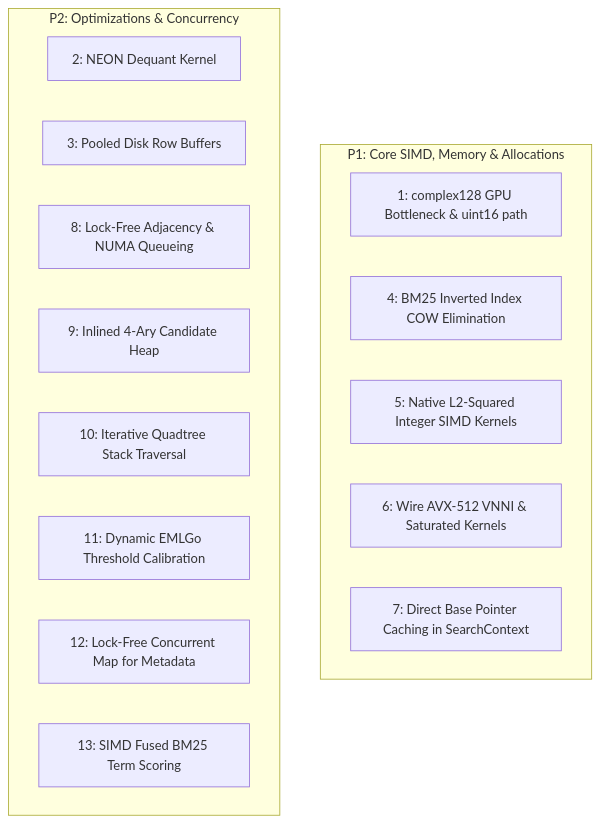
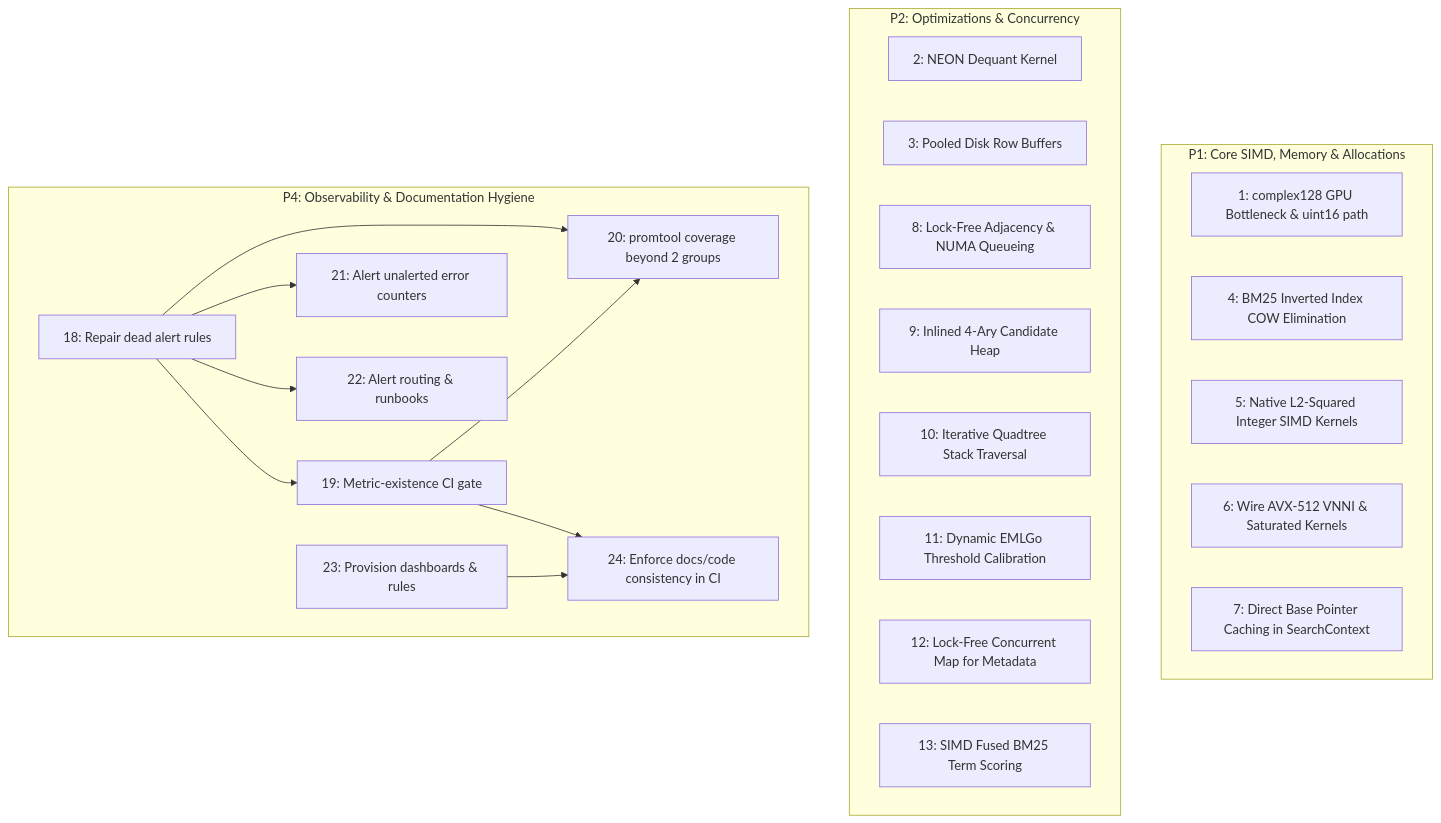
The diagram in docs/roadmap.md (23skdu/longbow), drawn with Mermaid before and after one commit. The commit also changed other lines of this file and 44 other files, not shown here.

Commit message:
fix(observability): close roadmap items and enforce CI checks

````diff
--- a/docs/roadmap.md
+++ b/docs/roadmap.md
@@ -26,20 +27,36 @@
 ```mermaid
 graph TD
     subgraph P1["P1: Core SIMD, Memory & Allocations"]
         I1["1: complex128 GPU Bottleneck & uint16 path"]
         I4["4: BM25 Inverted Index COW Elimination"]
         I5["5: Native L2-Squared Integer SIMD Kernels"]
         I6["6: Wire AVX-512 VNNI & Saturated Kernels"]
         I7["7: Direct Base Pointer Caching in SearchContext"]
     end
     subgraph P2["P2: Optimizations & Concurrency"]
         I2["2: NEON Dequant Kernel"]
         I3["3: Pooled Disk Row Buffers"]
         I8["8: Lock-Free Adjacency & NUMA Queueing"]
         I9["9: Inlined 4-Ary Candidate Heap"]
         I10["10: Iterative Quadtree Stack Traversal"]
         I11["11: Dynamic EMLGo Threshold Calibration"]
         I12["12: Lock-Free Concurrent Map for Metadata"]
         I13["13: SIMD Fused BM25 Term Scoring"]
     end
+    subgraph P4["P4: Observability & Documentation Hygiene"]
+        I18["18: Repair dead alert rules"]
+        I19["19: Metric-existence CI gate"]
+        I20["20: promtool coverage beyond 2 groups"]
+        I21["21: Alert unalerted error counters"]
+        I22["22: Alert routing & runbooks"]
+        I23["23: Provision dashboards & rules"]
+        I24["24: Enforce docs/code consistency in CI"]
+    end
+    I18 --> I19
+    I18 --> I20
+    I18 --> I21
+    I18 --> I22
+    I19 --> I20
+    I19 --> I24
+    I23 --> I24
 ```
````
